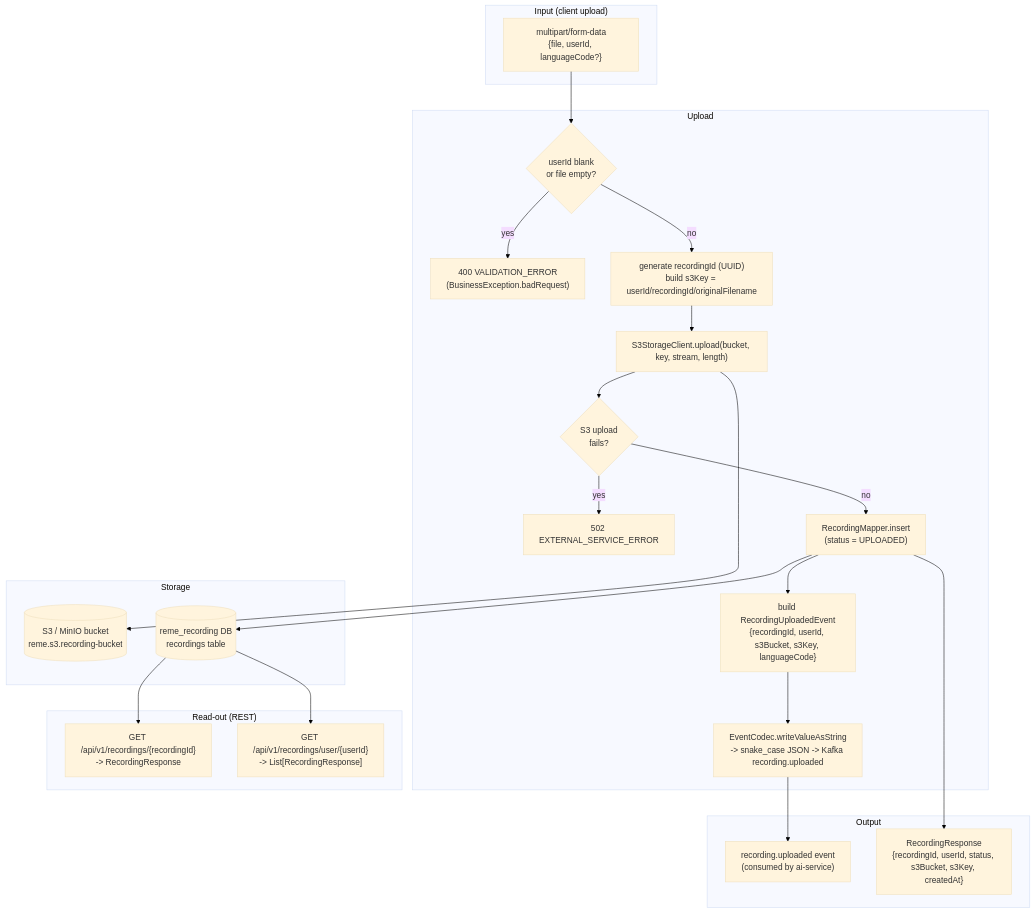
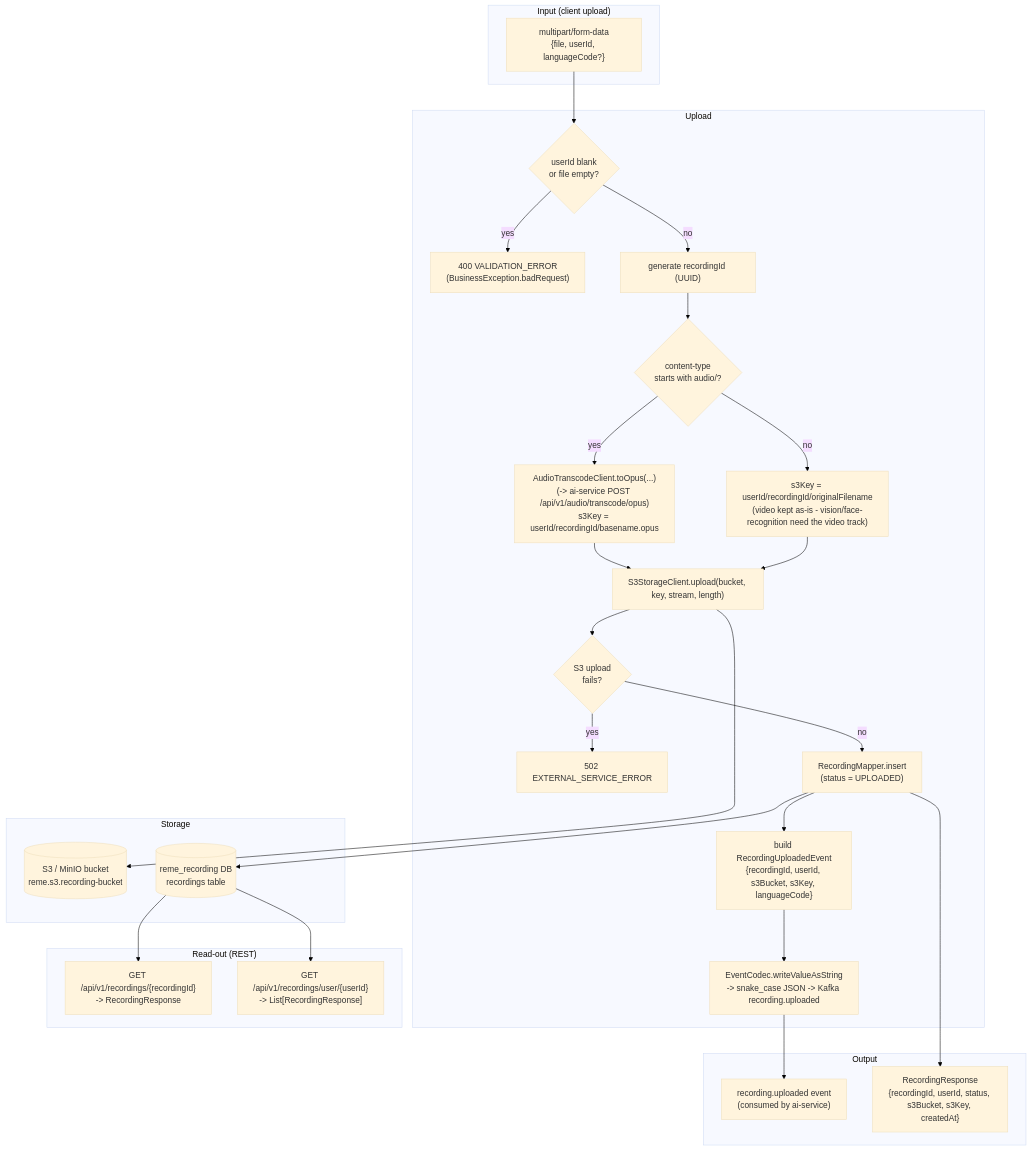
One commit to CuongNguyen13/RemeLearning changed the diagram in docs/flow/recording-service-data-flow.md. Above: the diagram before and after it, drawn with Mermaid. The commit also changed other lines of this file and 27 other files, not shown here.

Commit message:
use Opus for audio

````diff
--- a/docs/flow/recording-service-data-flow.md
+++ b/docs/flow/recording-service-data-flow.md
@@ -8,52 +8,58 @@
 ```mermaid
 ---
 config:
   theme: base
   themeVariables:
     background: '#ffffff'
 ---
 flowchart TD
     subgraph Input["Input (client upload)"]
         MultipartReq["multipart/form-data<br/>{file, userId, languageCode?}"]
     end
 
     subgraph UploadFlow["Upload"]
         Validate{"userId blank<br/>or file empty?"}
         Reject["400 VALIDATION_ERROR<br/>(BusinessException.badRequest)"]
-        GenId["generate recordingId (UUID)<br/>build s3Key = userId/recordingId/originalFilename"]
+        GenId["generate recordingId (UUID)"]
+        AudioCheck{"content-type<br/>starts with audio/?"}
+        Transcode["AudioTranscodeClient.toOpus(...)<br/>(-> ai-service POST /api/v1/audio/transcode/opus)<br/>s3Key = userId/recordingId/basename.opus"]
+        NoTranscode["s3Key = userId/recordingId/originalFilename<br/>(video kept as-is - vision/face-recognition need the video track)"]
         S3Put["S3StorageClient.upload(bucket, key, stream, length)"]
         S3Fail{"S3 upload<br/>fails?"}
         S3Error["502 EXTERNAL_SERVICE_ERROR"]
         Insert["RecordingMapper.insert<br/>(status = UPLOADED)"]
         BuildEvent["build RecordingUploadedEvent<br/>{recordingId, userId, s3Bucket, s3Key, languageCode}"]
         Publish["EventCodec.writeValueAsString<br/>-> snake_case JSON -> Kafka recording.uploaded"]
     end
 
     subgraph Storage["Storage"]
         S3[("S3 / MinIO bucket<br/>reme.s3.recording-bucket")]
         DB[("reme_recording DB<br/>recordings table")]
     end
 
     subgraph Output["Output"]
         KafkaTopic["recording.uploaded event<br/>(consumed by ai-service)"]
         RecordingResp["RecordingResponse<br/>{recordingId, userId, status, s3Bucket, s3Key, createdAt}"]
     end
 
     subgraph ReadOut["Read-out (REST)"]
         GetById["GET /api/v1/recordings/{recordingId}<br/>-> RecordingResponse"]
         GetByUser["GET /api/v1/recordings/user/{userId}<br/>-> List[RecordingResponse]"]
     end
 
     MultipartReq --> Validate
     Validate -->|yes| Reject
-    Validate -->|no| GenId --> S3Put --> S3Fail
+    Validate -->|no| GenId --> AudioCheck
+    AudioCheck -->|yes| Transcode --> S3Put
+    AudioCheck -->|no| NoTranscode --> S3Put
+    S3Put --> S3Fail
     S3Fail -->|yes| S3Error
     S3Fail -->|no| Insert
     S3Put --> S3
     Insert --> DB
     Insert --> BuildEvent --> Publish --> KafkaTopic
     Insert --> RecordingResp
 
     DB --> GetById
     DB --> GetByUser
 ```
````
